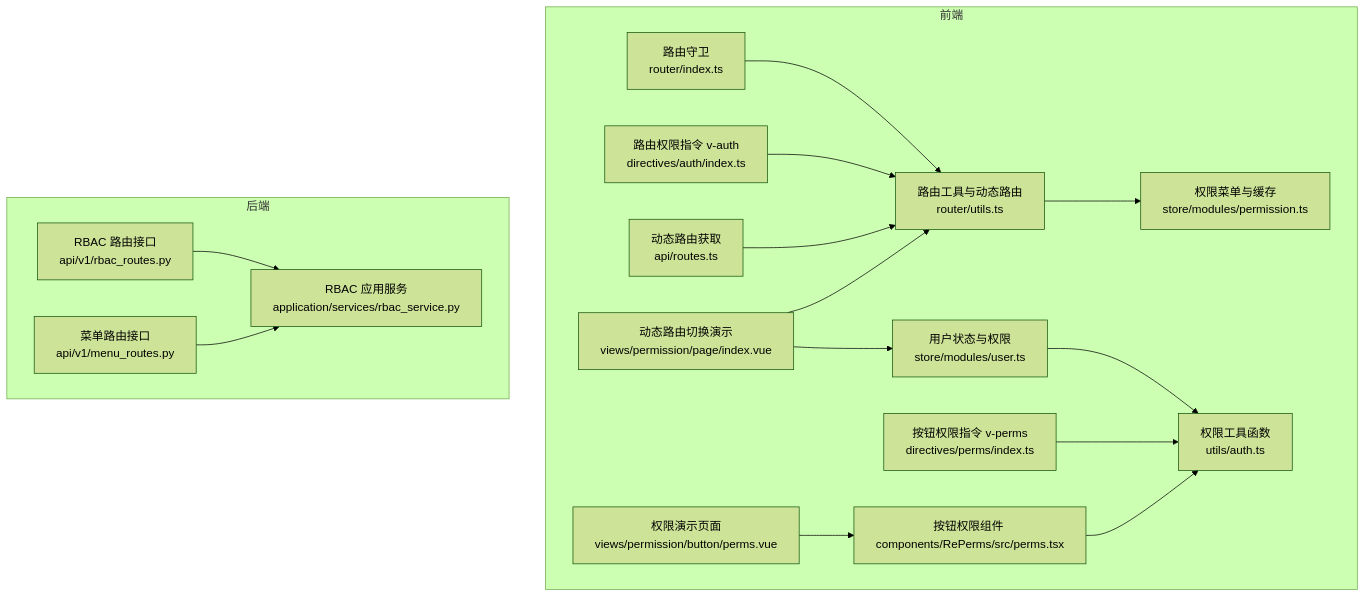
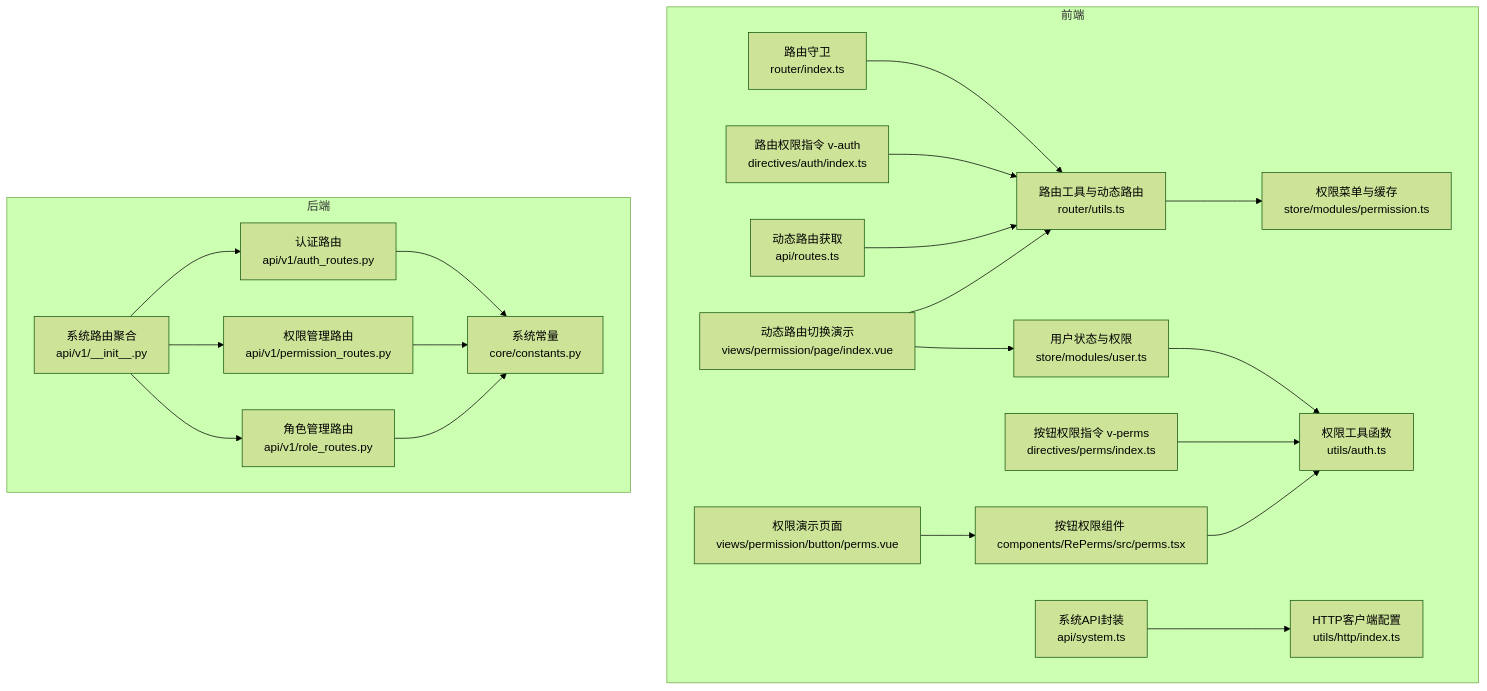
Before and after one commit to taoweidong/Hello-FastApi: the first of 7 diagrams in .qoder/repowiki/zh/content/RBAC 权限系统/动态权限控制.md, drawn with Mermaid (forest theme). The commit also changed other lines of this file and 9 other files, not shown here.

````diff
--- a/.qoder/repowiki/zh/content/RBAC 权限系统/动态权限控制.md
+++ b/.qoder/repowiki/zh/content/RBAC 权限系统/动态权限控制.md
@@ -47,33 +60,42 @@
 ```mermaid
 graph TB
 subgraph "前端"
 A["路由守卫<br/>router/index.ts"]
 B["路由工具与动态路由<br/>router/utils.ts"]
 C["用户状态与权限<br/>store/modules/user.ts"]
 D["权限菜单与缓存<br/>store/modules/permission.ts"]
 E["按钮权限指令 v-perms<br/>directives/perms/index.ts"]
 F["按钮权限组件 <Perms><br/>components/RePerms/src/perms.tsx"]
 G["路由权限指令 v-auth<br/>directives/auth/index.ts"]
 H["权限工具函数<br/>utils/auth.ts"]
 I["动态路由获取<br/>api/routes.ts"]
-J["权限演示页面<br/>views/permission/button/perms.vue"]
-K["动态路由切换演示<br/>views/permission/page/index.vue"]
+J["系统API封装<br/>api/system.ts"]
+K["HTTP客户端配置<br/>utils/http/index.ts"]
+L["权限演示页面<br/>views/permission/button/perms.vue"]
+M["动态路由切换演示<br/>views/permission/page/index.vue"]
 end
 subgraph "后端"
-L["RBAC 路由接口<br/>api/v1/rbac_routes.py"]
-M["RBAC 应用服务<br/>application/services/rbac_service.py"]
-N["菜单路由接口<br/>api/v1/menu_routes.py"]
+N["系统路由聚合<br/>api/v1/__init__.py"]
+O["认证路由<br/>api/v1/auth_routes.py"]
+P["权限管理路由<br/>api/v1/permission_routes.py"]
+Q["角色管理路由<br/>api/v1/role_routes.py"]
+R["系统常量<br/>core/constants.py"]
 end
 A --> B
 B --> D
 C --> H
 E --> H
 F --> H
 G --> B
 I --> B
-J --> F
-K --> C
-K --> B
-L --> M
-N --> M
+J --> K
+L --> F
+M --> C
+M --> B
+N --> O
+N --> P
+N --> Q
+O --> R
+P --> R
+Q --> R
 ```
````
